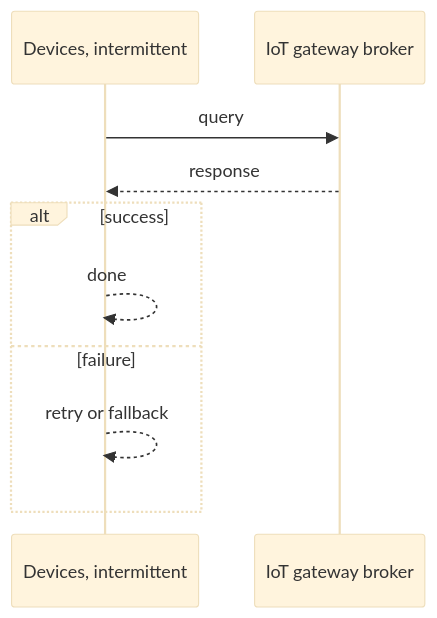
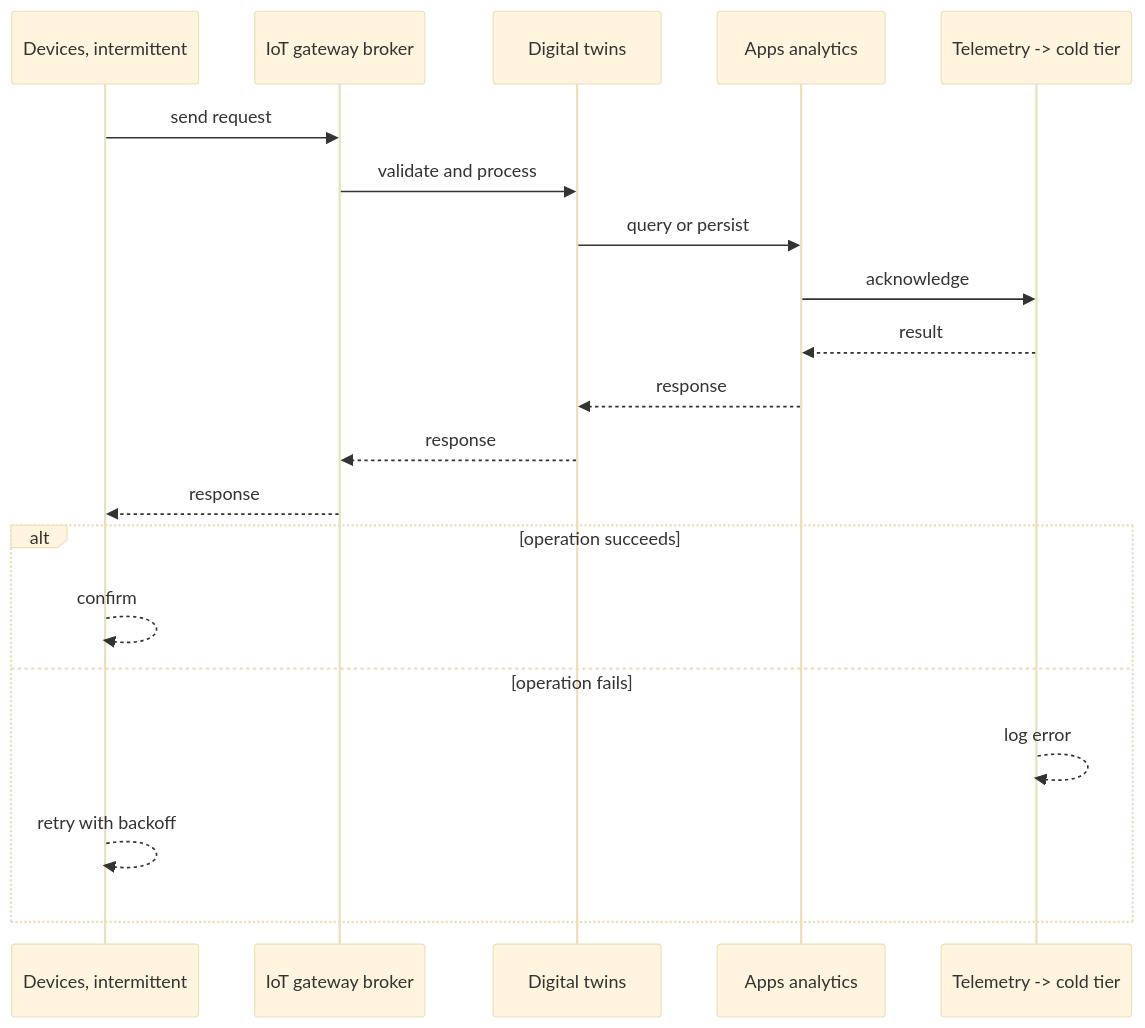
Before and after one commit to RIT-MESH/system-design-mastery: the second of 4 diagrams in case-studies/extreme/iot-platform.md, drawn with Mermaid (base theme). The commit also changed other lines of this file and 64 other files, not shown here.

````diff
--- a/case-studies/extreme/iot-platform.md
+++ b/case-studies/extreme/iot-platform.md
@@ -76,13 +64,23 @@
 ```mermaid
 %% created-for: system-design-mastery
 sequenceDiagram
-  participant P0 as Devices, intermittent
-  participant P1 as IoT gateway broker
-  P0 ->> P1: query
-  P1 -->> P0: response
-  alt success
-    P0 -->> P0: done
-  else failure
-    P0 -->> P0: retry or fallback
+  participant C0 as Devices, intermittent
+  participant C1 as IoT gateway broker
+  participant C2 as Digital twins
+  participant C3 as Apps analytics
+  participant C4 as Telemetry -> cold tier
+  C0 ->> C1: send request
+  C1 ->> C2: validate and process
+  C2 ->> C3: query or persist
+  C3 ->> C4: acknowledge
+  C4 -->> C3: result
+  C3 -->> C2: response
+  C2 -->> C1: response
+  C1 -->> C0: response
+  alt operation succeeds
+    C0 -->> C0: confirm
+  else operation fails
+    C4 -->> C4: log error
+    C0 -->> C0: retry with backoff
   end
 ```
````
